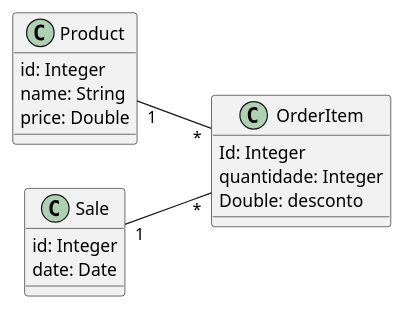
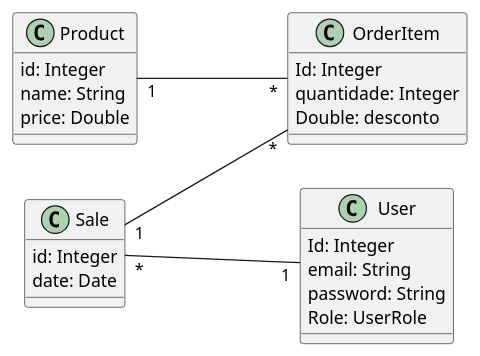
One commit to DarkFoxV/aplicacao_de_eCommerce changed the diagram in Diagrama/Diagrama.puml. Above: the diagram before and after it, drawn with PlantUML. The commit also changed 5 other files, not shown here.

```diff
--- a/Diagrama/Diagrama.puml
+++ b/Diagrama/Diagrama.puml
@@ -1,23 +1,31 @@
 @startuml
 left to right direction
 
-Product "1" -- "*" OrderItem
-Sale "1" -- "*" OrderItem
-Class Product {
+Product "1" --- "*" OrderItem
+Sale "1" --- "*" OrderItem
+Sale "*" --- "1" User
+
+class Product {
     id: Integer
     name: String
     price: Double
 }
 
-Class Sale {
+class Sale {
     id: Integer
     date: Date
 }
 
 class OrderItem {
     Id: Integer
     quantidade: Integer
     Double: desconto
 }
 
+class User {
+    Id: Integer
+    email: String
+    password: String
+    Role: UserRole
+}
 @enduml
```
